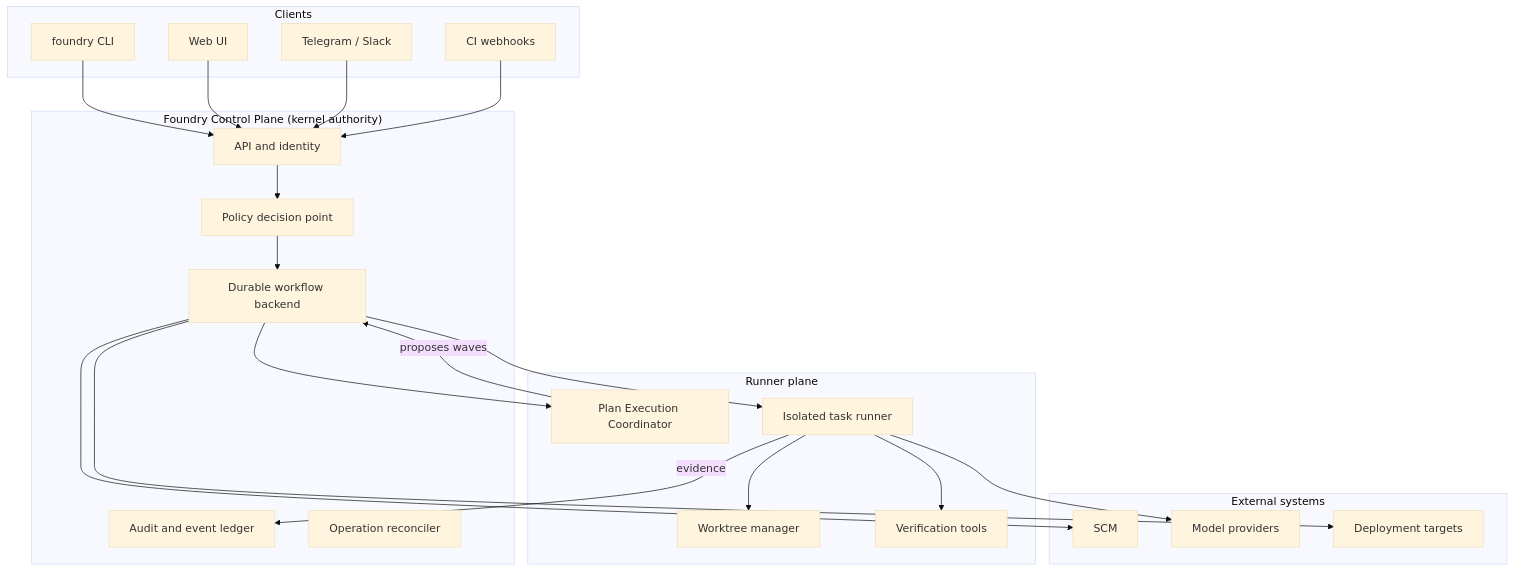
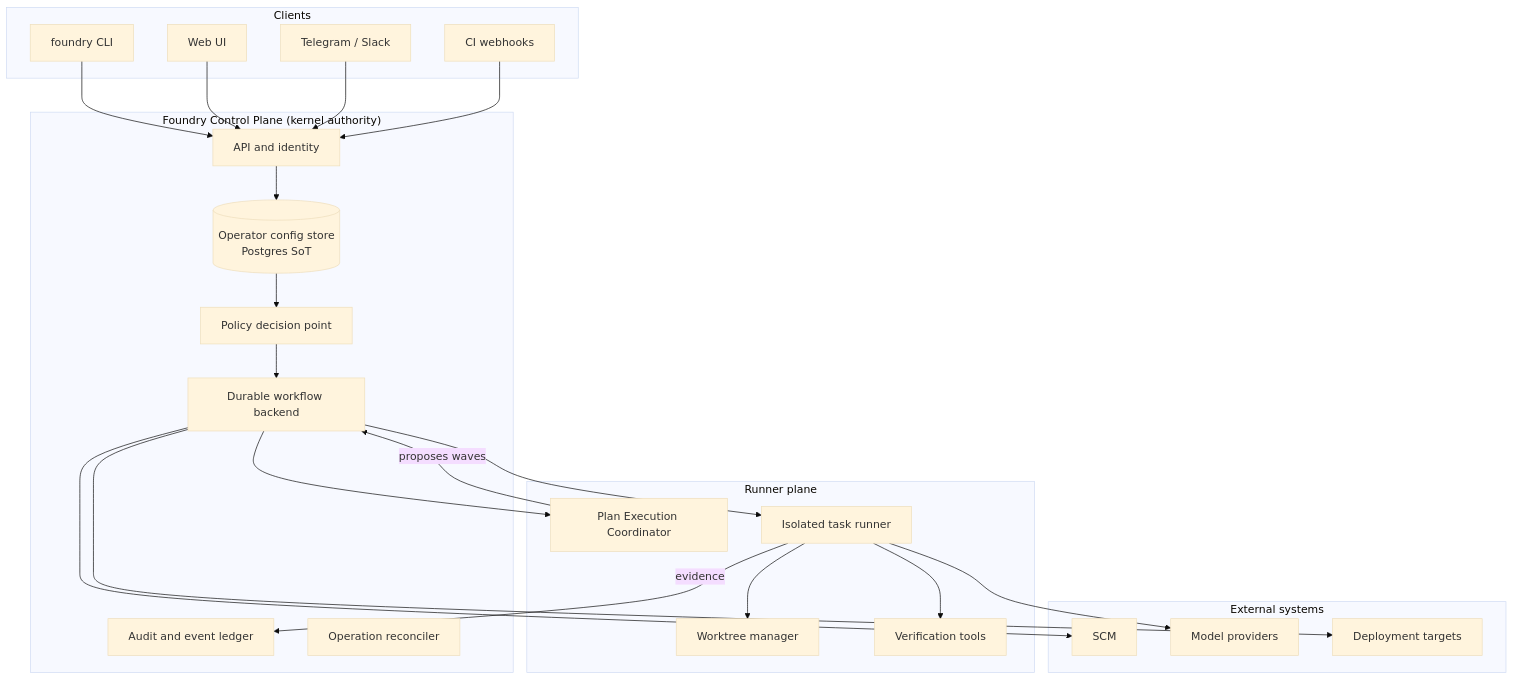
The diagram in docs/systems/delivery-foundry-control-plane.md (okfriansyah-moh/okfriansyah-moh.github.io), drawn with Mermaid (base theme) before and after one commit. The commit also changed other lines of this file and 6 other files, not shown here.

````diff
--- a/docs/systems/delivery-foundry-control-plane.md
+++ b/docs/systems/delivery-foundry-control-plane.md
@@ -99,47 +100,49 @@
 ```mermaid
 flowchart TB
   subgraph Clients
     CLI[foundry CLI]
     WEB[Web UI]
     CHAT[Telegram / Slack]
     CI[CI webhooks]
   end
 
   subgraph ControlPlane["Foundry Control Plane (kernel authority)"]
     API[API and identity]
+    CFG[(Operator config store<br/>Postgres SoT)]
     POLICY[Policy decision point]
     WF[Durable workflow backend]
     LEDGER[Audit and event ledger]
     RECON[Operation reconciler]
   end
 
   subgraph RunnerPlane["Runner plane"]
     PEC[Plan Execution Coordinator]
     RUNNER[Isolated task runner]
     WORKTREE[Worktree manager]
     VERIFY[Verification tools]
   end
 
   subgraph External["External systems"]
     SCM[SCM]
     MODEL[Model providers]
     DEPLOY[Deployment targets]
   end
 
   CLI --> API
   WEB --> API
   CHAT --> API
   CI --> API
 
-  API --> POLICY
+  API --> CFG
+  CFG --> POLICY
   POLICY --> WF
   WF --> PEC
   PEC -->|proposes waves| WF
   WF --> RUNNER
   RUNNER --> WORKTREE
   RUNNER --> VERIFY
   RUNNER -->|evidence| LEDGER
   WF --> SCM
   WF --> DEPLOY
   RUNNER --> MODEL
 ```
````
